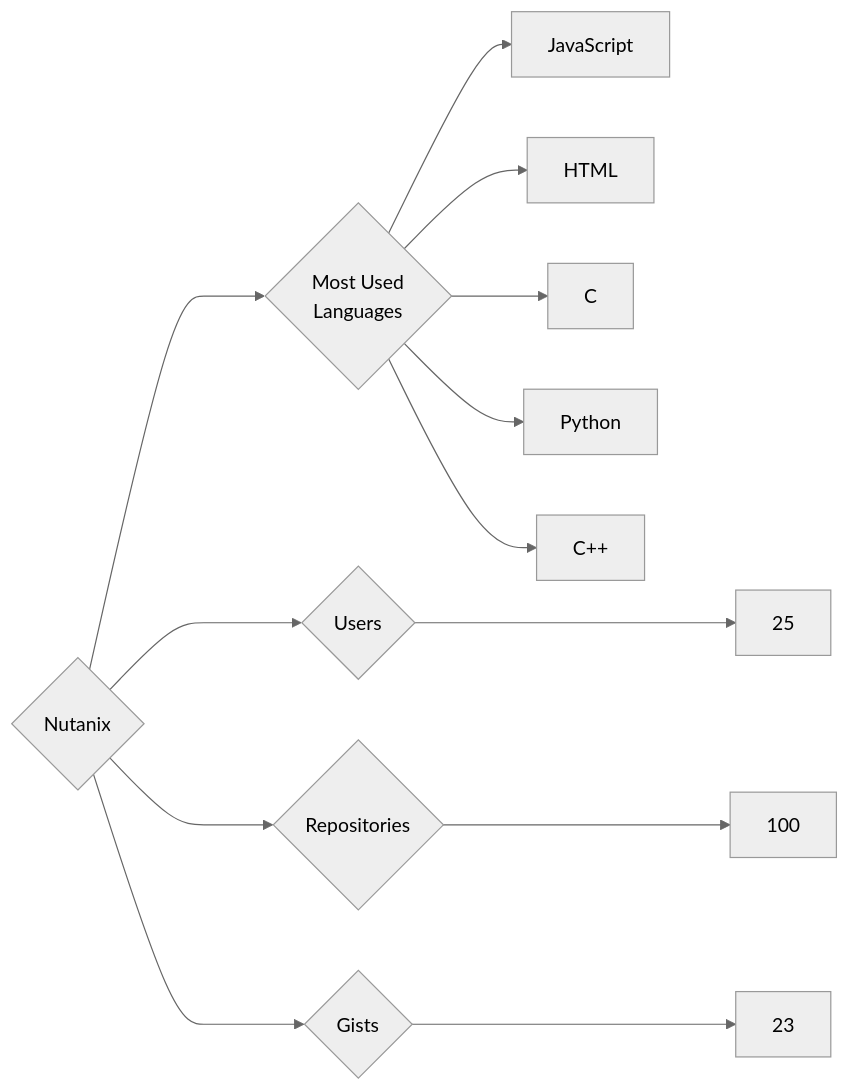
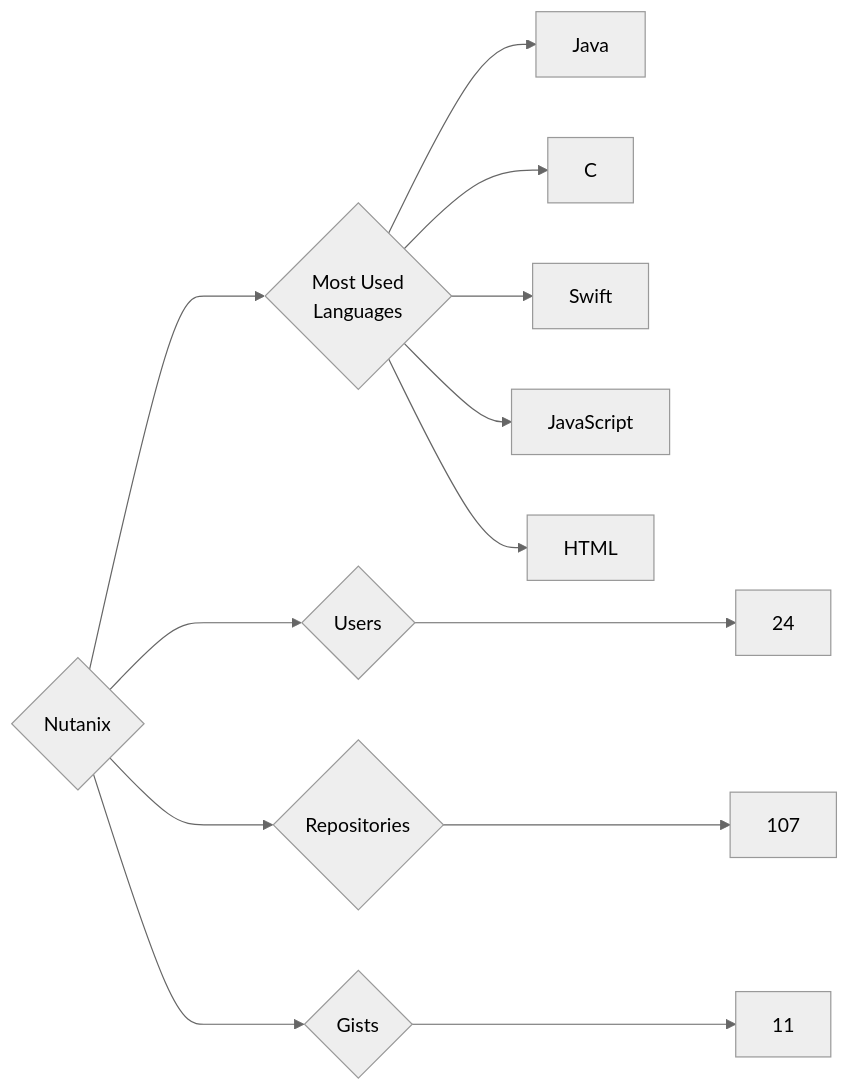
One commit to trickest/insiders changed the diagram in targets/Nutanix/README.md. Above: the diagram before and after it, drawn with Mermaid (neutral theme). The commit also changed 920 other files, not shown here.

````diff
--- a/targets/Nutanix/README.md
+++ b/targets/Nutanix/README.md
@@ -3,13 +3,13 @@
 ```mermaid
 graph LR
 COMPANY_NAME{Nutanix}
-COMPANY_NAME ---> U{Users} ---> UN[25]
-COMPANY_NAME ---> R{Repositories} ---> RN[100]
-COMPANY_NAME ---> G{Gists} ---> GN[23]
+COMPANY_NAME ---> U{Users} ---> UN[24]
+COMPANY_NAME ---> R{Repositories} ---> RN[107]
+COMPANY_NAME ---> G{Gists} ---> GN[11]
 COMPANY_NAME ---> ML{Most Used<br>Languages}
+ML --> Java[Java]
+ML --> C[C]
+ML --> Swift[Swift]
 ML --> JavaScript[JavaScript]
 ML --> HTML[HTML]
-ML --> C[C]
-ML --> Python[Python]
-ML --> C++[C++]
 ```
````
